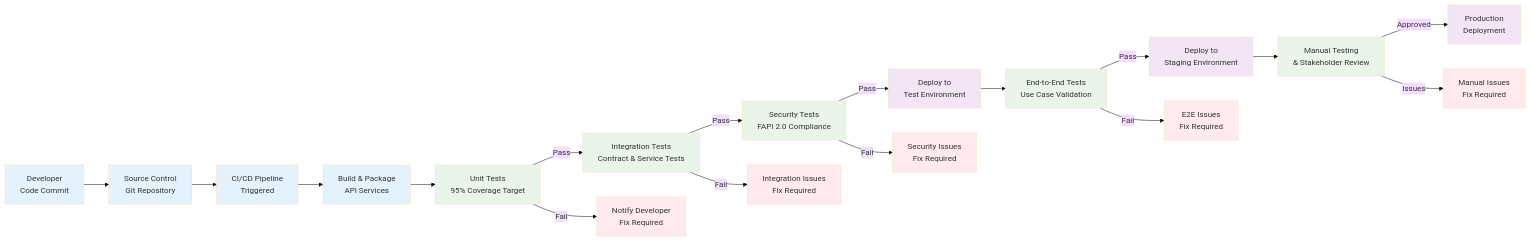
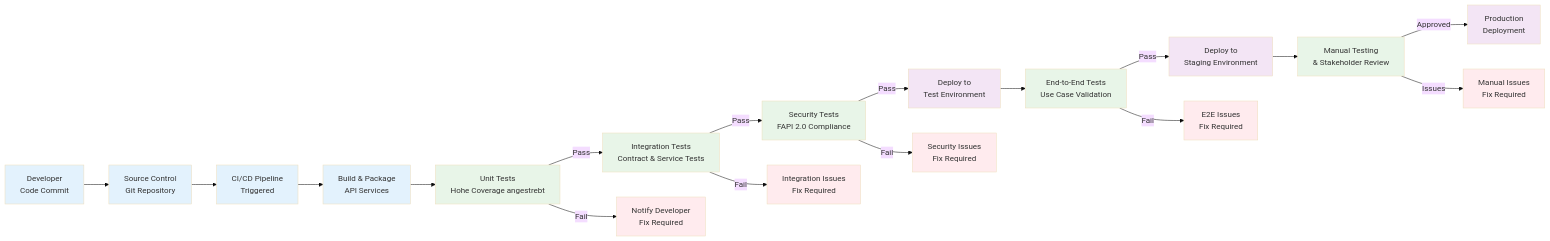
Before and after one commit to openbankingproject-ch/obp-concept: the first of 6 diagrams in documentation/Fachliche Conclusions Open API Kundenbeziehung/08 Testing und Verifikation.md, drawn with Mermaid (base theme). The commit also changed other lines of this file, not shown here.

````diff
--- a/documentation/Fachliche Conclusions Open API Kundenbeziehung/08 Testing und Verifikation.md
+++ b/documentation/Fachliche Conclusions Open API Kundenbeziehung/08 Testing und Verifikation.md
@@ -69,38 +69,38 @@
 ```mermaid
 flowchart LR
     Developer[Developer<br/>Code Commit] --> SCM[Source Control<br/>Git Repository]
     
     SCM --> CI[CI/CD Pipeline<br/>Triggered]
     
     CI --> Build[Build & Package<br/>API Services]
-    Build --> UnitTest[Unit Tests<br/>95% Coverage Target]
+    Build --> UnitTest[Unit Tests<br/>Hohe Coverage angestrebt]
     
     UnitTest -->|Pass| IntTest[Integration Tests<br/>Contract & Service Tests]
     UnitTest -->|Fail| Notify1[Notify Developer<br/>Fix Required]
     
     IntTest -->|Pass| Security[Security Tests<br/>FAPI 2.0 Compliance]
     IntTest -->|Fail| Notify2[Integration Issues<br/>Fix Required]
     
     Security -->|Pass| Deploy[Deploy to<br/>Test Environment]
     Security -->|Fail| Notify3[Security Issues<br/>Fix Required]
     
     Deploy --> E2E[End-to-End Tests<br/>Use Case Validation]
     
     E2E -->|Pass| Staging[Deploy to<br/>Staging Environment]
     E2E -->|Fail| Notify4[E2E Issues<br/>Fix Required]
     
     Staging --> Manual[Manual Testing<br/>& Stakeholder Review]
     
     Manual -->|Approved| Production[Production<br/>Deployment]
     Manual -->|Issues| Notify5[Manual Issues<br/>Fix Required]
     
     classDef process fill:#e3f2fd
     classDef test fill:#e8f5e8
     classDef deploy fill:#f3e5f5
     classDef notify fill:#ffebee
     
     class Developer,SCM,CI,Build process
     class UnitTest,IntTest,Security,E2E,Manual test
     class Deploy,Staging,Production deploy
     class Notify1,Notify2,Notify3,Notify4,Notify5 notify
 ```
````
